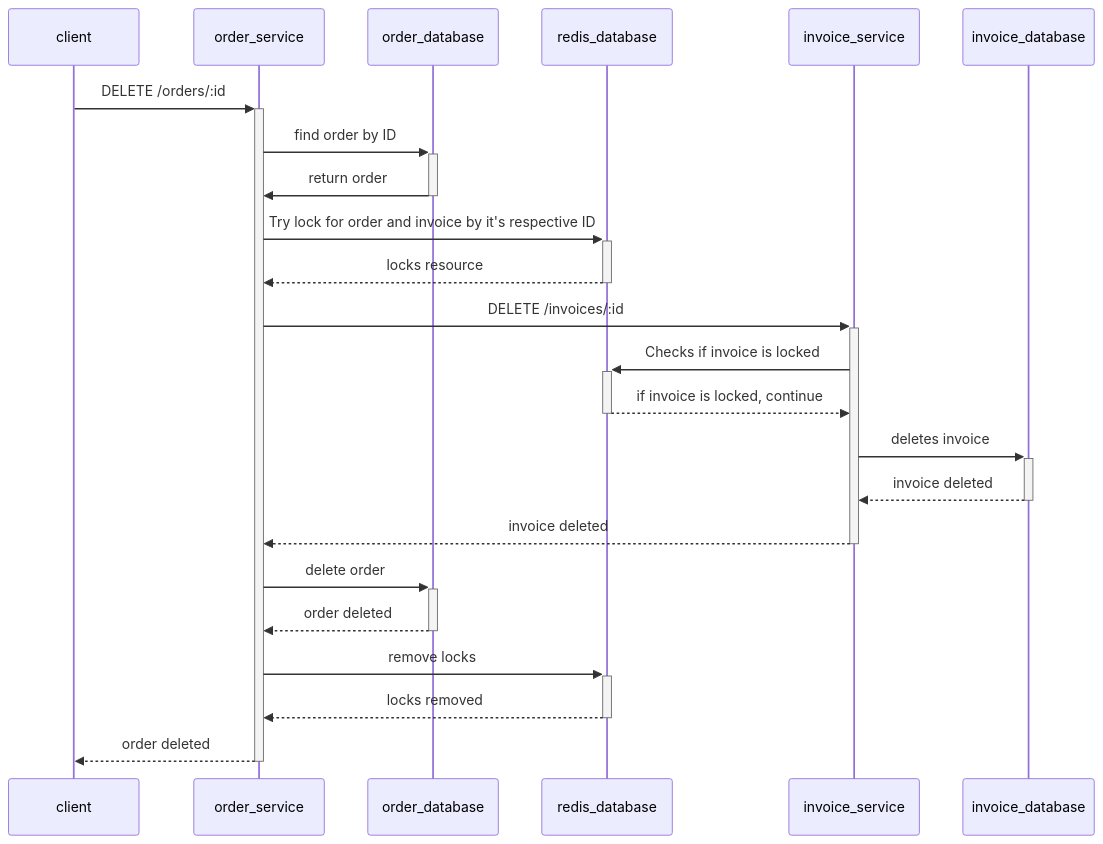
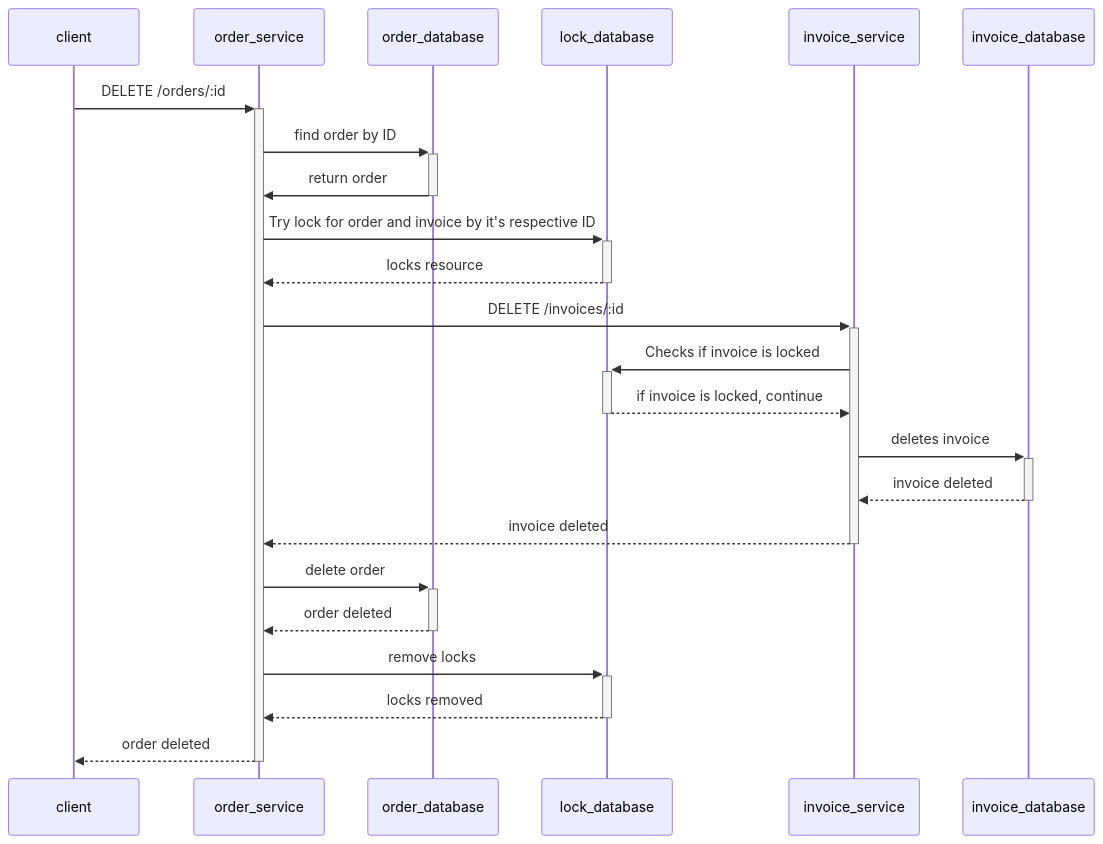
One commit to MCarbono/go-distributed-lock changed the second of 2 diagrams in README.md. Above: the diagram before and after it, drawn with Mermaid. The commit also changed other lines of this file, not shown here.

Commit message:
refact: readme

````diff
--- a/README.md
+++ b/README.md
@@ -42,19 +43,19 @@
 ```mermaid
     sequenceDiagram
     client->>+order_service: DELETE /orders/:id
     order_service->>+order_database: find order by ID
     order_database->>-order_service: return order
-    order_service->>+redis_database: Try lock for order and invoice by it's respective ID
-    redis_database-->>-order_service: locks resource
+    order_service->>+lock_database: Try lock for order and invoice by it's respective ID
+    lock_database-->>-order_service: locks resource
     order_service->>+invoice_service: DELETE /invoices/:id
-    invoice_service->>+redis_database: Checks if invoice is locked
-    redis_database-->>-invoice_service: if invoice is locked, continue
+    invoice_service->>+lock_database: Checks if invoice is locked
+    lock_database-->>-invoice_service: if invoice is locked, continue
     invoice_service->>+invoice_database: deletes invoice
     invoice_database-->>-invoice_service: invoice deleted
     invoice_service-->>-order_service: invoice deleted
     order_service->>+order_database: delete order 
     order_database-->>-order_service: order deleted
-    order_service->>+redis_database: remove locks
-    redis_database-->>-order_service: locks removed
+    order_service->>+lock_database: remove locks
+    lock_database-->>-order_service: locks removed
     order_service-->>-client: order deleted
 ```
````
